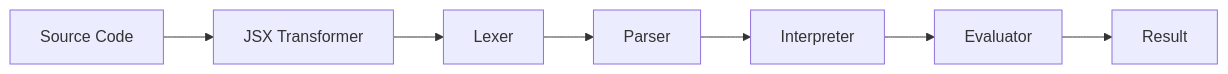
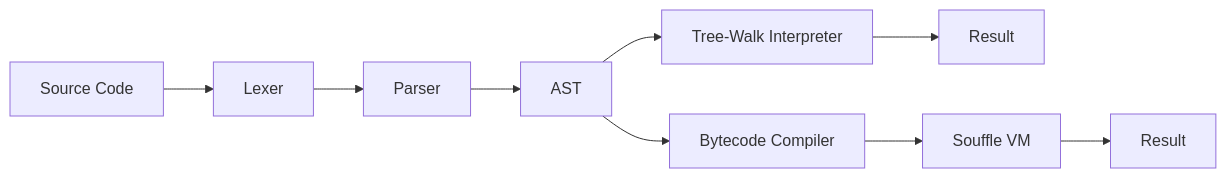
The diagram in README.md (frostney/GocciaScript), drawn with Mermaid before and after one commit. The commit also changed other lines of this file and 32 other files, not shown here.

````diff
--- a/README.md
+++ b/README.md
@@ -193,4 +210,6 @@
 ```mermaid
 flowchart LR
-    Source["Source Code"] --> JSXTransformer["JSX Transformer"] --> Lexer --> Parser --> Interpreter --> Evaluator --> Result
+    Source["Source Code"] --> Lexer --> Parser --> AST
+    AST --> Interpreter["Tree-Walk Interpreter"] --> Result1["Result"]
+    AST --> Compiler["Bytecode Compiler"] --> VM["Souffle VM"] --> Result2["Result"]
 ```
````
